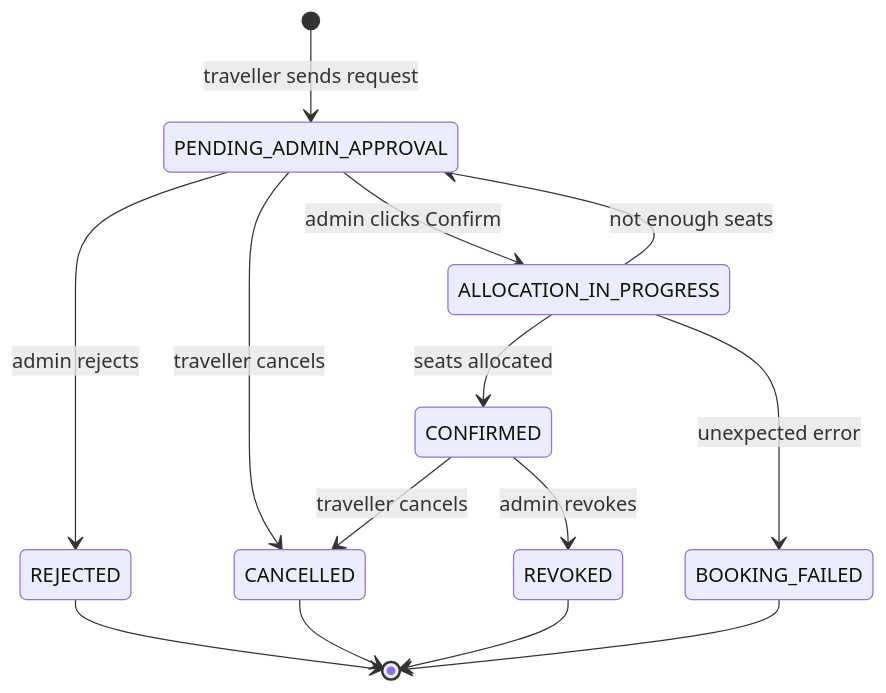
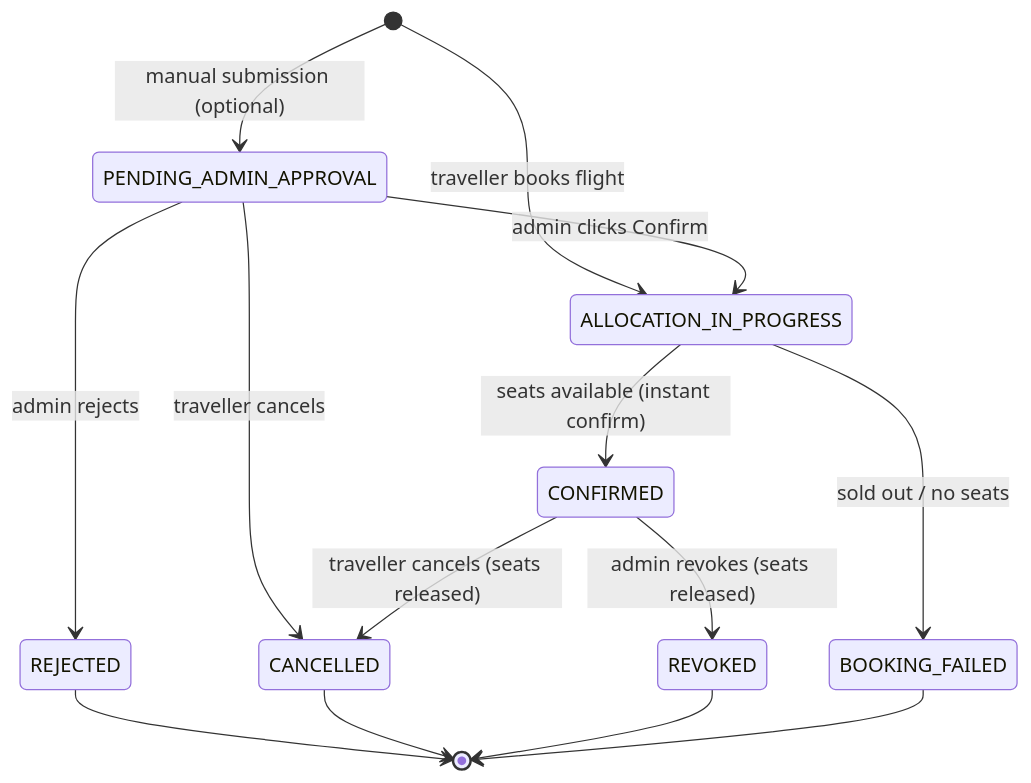
Before and after one commit to theTyai/FlyWise: the first of 4 diagrams in docs/workflows.md, drawn with Mermaid. The commit also changed other lines of this file and 23 other files, not shown here.

````diff
--- a/docs/workflows.md
+++ b/docs/workflows.md
@@ -40,16 +40,16 @@
 ```mermaid
 stateDiagram-v2
-  [*] --> PENDING_ADMIN_APPROVAL: traveller sends request
+  [*] --> ALLOCATION_IN_PROGRESS: traveller books flight
+  ALLOCATION_IN_PROGRESS --> CONFIRMED: seats available (instant confirm)
+  ALLOCATION_IN_PROGRESS --> BOOKING_FAILED: sold out / no seats
+  [*] --> PENDING_ADMIN_APPROVAL: manual submission (optional)
   PENDING_ADMIN_APPROVAL --> ALLOCATION_IN_PROGRESS: admin clicks Confirm
-  ALLOCATION_IN_PROGRESS --> CONFIRMED: seats allocated
-  ALLOCATION_IN_PROGRESS --> PENDING_ADMIN_APPROVAL: not enough seats
-  ALLOCATION_IN_PROGRESS --> BOOKING_FAILED: unexpected error
   PENDING_ADMIN_APPROVAL --> REJECTED: admin rejects
   PENDING_ADMIN_APPROVAL --> CANCELLED: traveller cancels
-  CONFIRMED --> REVOKED: admin revokes
-  CONFIRMED --> CANCELLED: traveller cancels
+  CONFIRMED --> REVOKED: admin revokes (seats released)
+  CONFIRMED --> CANCELLED: traveller cancels (seats released)
   REJECTED --> [*]
   CANCELLED --> [*]
   REVOKED --> [*]
   BOOKING_FAILED --> [*]
 ```
````
